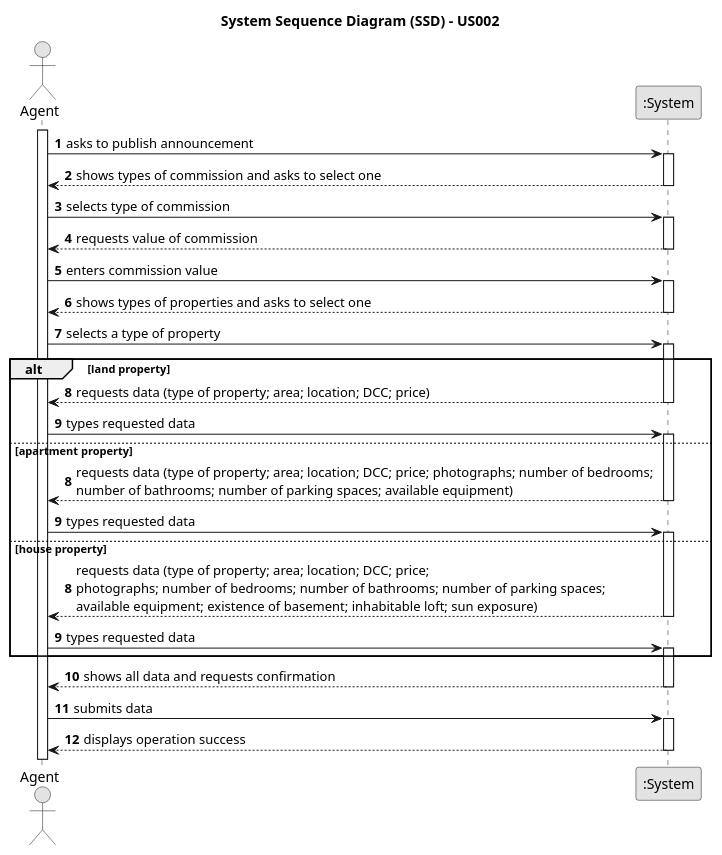
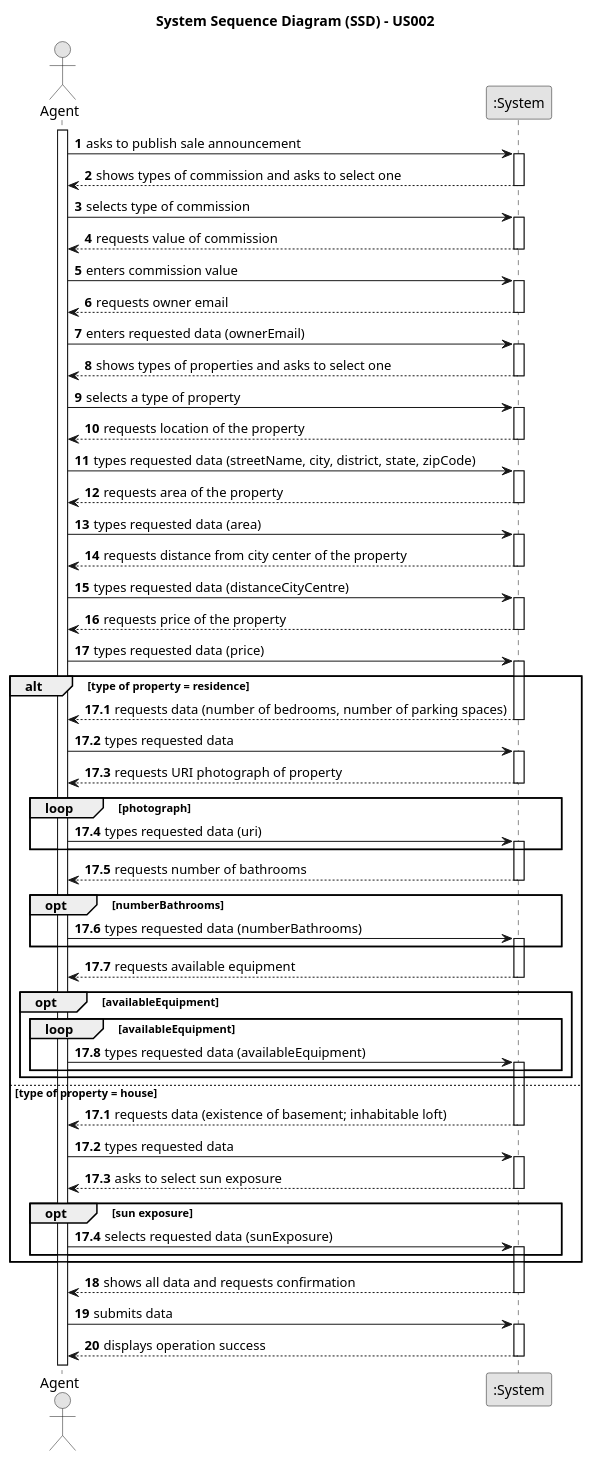
Before and after one commit to rita-barbosa/LAPR2-2223: the diagram in docs/sprintB/us002/01.requirements-engineering/puml/us002-system-sequence-diagram.puml, drawn with PlantUML. The commit also changed 1 other file, not shown here.

Commit message:
Update of system sequence diagram [US002][Requirements Engineering]

```diff
--- a/docs/sprintB/us002/01.requirements-engineering/puml/us002-system-sequence-diagram.puml
+++ b/docs/sprintB/us002/01.requirements-engineering/puml/us002-system-sequence-diagram.puml
@@ -1,71 +1,131 @@
 @startuml
 skinparam monochrome true
 skinparam packageStyle rectangle
 skinparam shadowing false
 
 title System Sequence Diagram (SSD) - US002
 
 autonumber
 
 actor "Agent" as Employee
 participant ":System" as System
 
 activate Employee
 
-    Employee -> System : asks to publish announcement
+    Employee -> System : asks to publish sale announcement
     activate System
 
       System --> Employee : shows types of commission and asks to select one
     deactivate System
 
     Employee -> System : selects type of commission
     activate System
 
     System --> Employee : requests value of commission
     deactivate System
 
     Employee -> System : enters commission value
     activate System
 
+    System --> Employee : requests owner email
+    deactivate System
+
+    Employee -> System : enters requested data (ownerEmail)
+    activate System
+
     System --> Employee : shows types of properties and asks to select one
     deactivate System
 
     Employee -> System : selects a type of property
-        activate System
+    activate System
 
-    alt land property
+    System --> Employee : requests location of the property
+    deactivate System
 
-    autonumber 8
-       System --> Employee : requests data (type of property; area; location; DCC; price)
-          deactivate System
-      Employee -> System : types requested data
-              activate System
+    Employee -> System : types requested data (streetName, city, district, state, zipCode)
+    activate System
 
-    else apartment property
+    System --> Employee : requests area of the property
+    deactivate System
 
-     autonumber 8
-      System --> Employee : requests data (type of property; area; location; DCC; price; photographs; number of bedrooms; \nnumber of bathrooms; number of parking spaces; available equipment)
-        deactivate System
-    Employee -> System : types requested data
-            activate System
+    Employee -> System : types requested data (area)
+    activate System
 
-    else house property
+    System --> Employee : requests distance from city center of the property
+    deactivate System
 
-     autonumber 8
-      System --> Employee : requests data (type of property; area; location; DCC; price; \nphotographs; number of bedrooms; number of bathrooms; number of parking spaces; \navailable equipment; existence of basement; inhabitable loft; sun exposure)
+    Employee -> System : types requested data (distanceCityCentre)
+    activate System
+
+    System --> Employee : requests price of the property
+    deactivate System
+
+    Employee -> System : types requested data (price)
+    activate System
+
+
+    alt type of property = residence
+
+     autonumber 17.1
+        System --> Employee : requests data (number of bedrooms, number of parking spaces)
         deactivate System
 
         Employee -> System : types requested data
         activate System
 
+        System --> Employee : requests URI photograph of property
+        deactivate System
+
+            loop photograph
+            Employee -> System : types requested data (uri)
+            activate System
+            end loop
+
+
+        System --> Employee : requests number of bathrooms
+        deactivate System
+
+            opt numberBathrooms
+            Employee -> System : types requested data (numberBathrooms)
+            activate System
+            end opt
+
+        System --> Employee : requests available equipment
+        deactivate System
+
+            opt availableEquipment
+                loop availableEquipment
+                Employee -> System : types requested data (availableEquipment)
+                activate System
+                end loop
+            end opt
+
+    else type of property = house
+
+        autonumber 17.1
+        System --> Employee : requests data (existence of basement; inhabitable loft)
+        deactivate System
+
+        Employee -> System : types requested data
+        activate System
+
+        System --> Employee : asks to select sun exposure
+        deactivate System
+
+            opt sun exposure
+            Employee -> System : selects requested data (sunExposure)
+            activate System
+            end opt
+
     end
+    autonumber 18
         System --> Employee : shows all data and requests confirmation
     deactivate System
 
     Employee -> System : submits data
     activate System
 
         System --> Employee : displays operation success
     deactivate System
 
 @enduml
```
